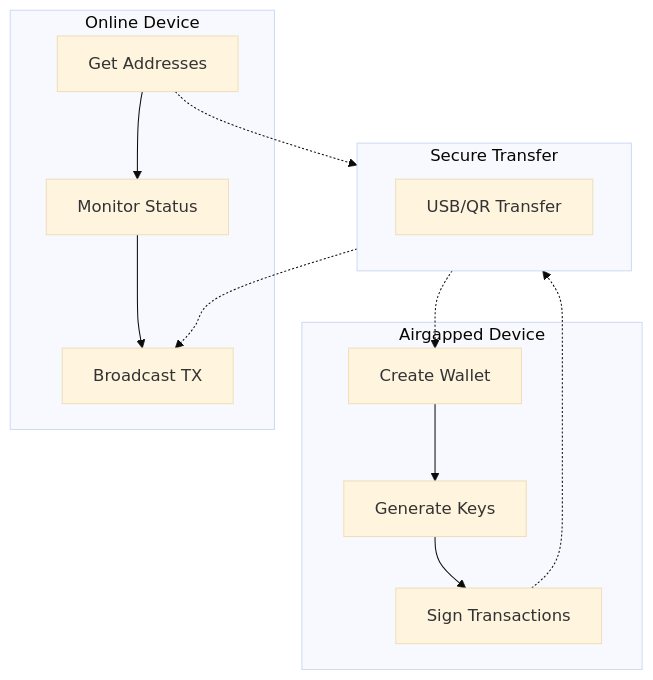
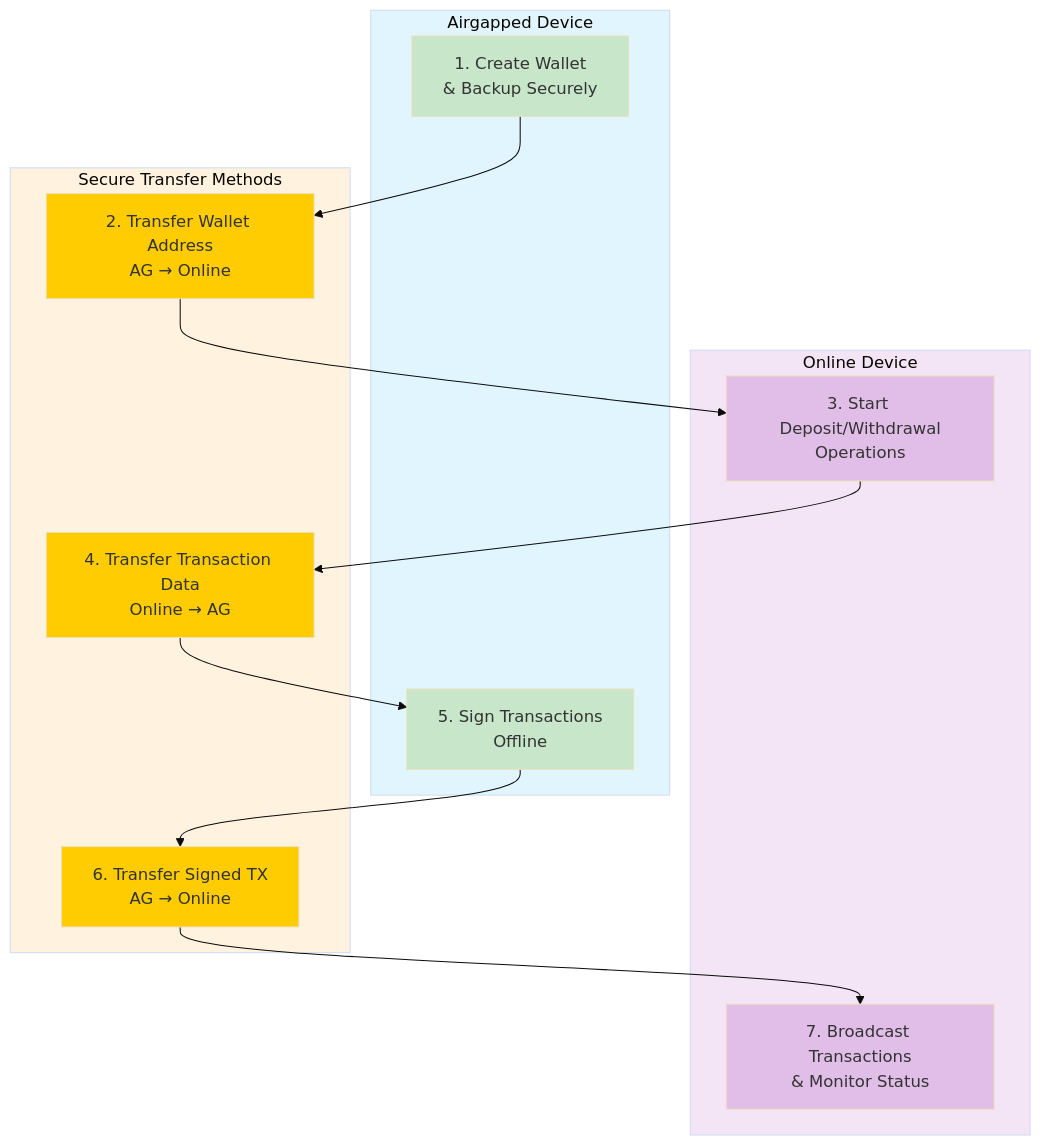
The diagram in docs/README.md (chainwayxyz/clementine-cli), drawn with Mermaid (base theme) before and after one commit. The commit also changed other lines of this file and 2 other files, not shown here.

````diff
--- a/docs/README.md
+++ b/docs/README.md
@@ -37,25 +37,36 @@
 ```mermaid
 flowchart TB
     subgraph AG["Airgapped Device"]
-        A[Create Wallet]
-        B[Generate Keys]
-        C[Sign Transactions]
-        A --> B --> C
+        A["1. Create Wallet<br/>& Backup Securely"]
+        E["5. Sign Transactions<br/>Offline"]
     end
     
     subgraph ON["Online Device"]
-        D[Get Addresses]
-        E[Monitor Status]
-        F[Broadcast TX]
-        D --> E --> F
+        C["3. Start Deposit/Withdrawal<br/>Operations"]
+        G["7. Broadcast Transactions<br/>& Monitor Status"]
     end
     
-    subgraph TR["Secure Transfer"]
-        G[USB/QR Transfer]
+    subgraph TR["Secure Transfer Methods"]
+        B["2. Transfer Wallet Address<br/>AG → Online"]
+        D["4. Transfer Transaction Data<br/>Online → AG"]
+        F["6. Transfer Signed TX<br/>AG → Online"]
     end
     
-    C -.-> TR
-    TR -.-> F
-    D -.-> TR
-    TR -.-> A
+    A --> B
+    B --> C
+    C --> D
+    D --> E
+    E --> F
+    F --> G
+    
+    style AG fill:#e1f5fe
+    style ON fill:#f3e5f5
+    style TR fill:#fff3e0
+    style A fill:#c8e6c9
+    style E fill:#c8e6c9
+    style C fill:#e1bee7
+    style G fill:#e1bee7
+    style B fill:#ffcc02
+    style D fill:#ffcc02
+    style F fill:#ffcc02
 ```
````
